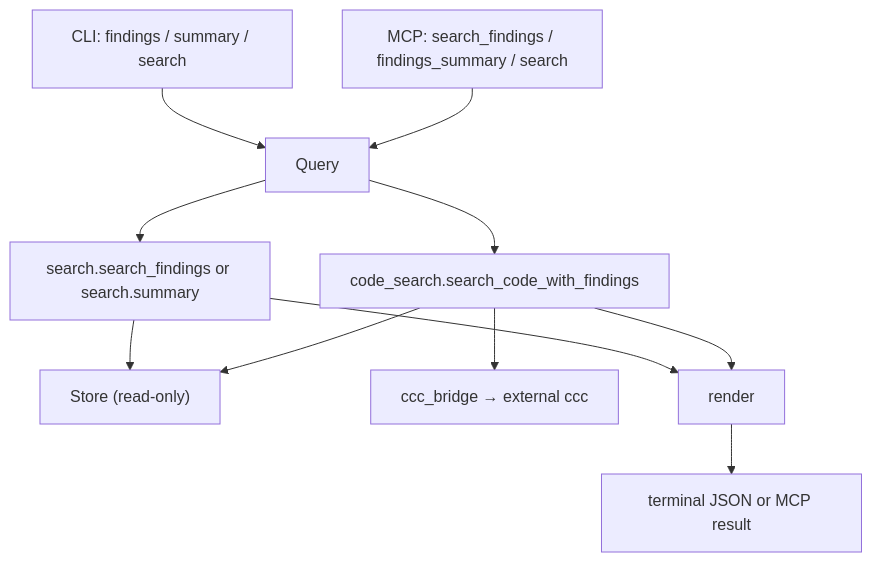
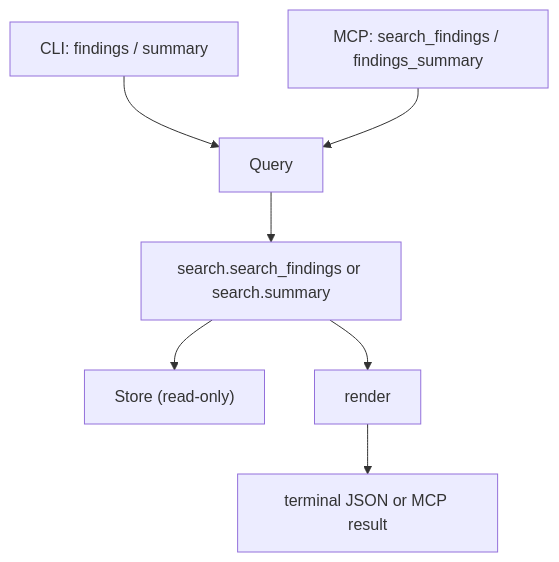
The second of 3 diagrams in docs/ARCHITECTURE.md (elkouhen/ccc-radar), drawn with Mermaid before and after one commit. The commit also changed other lines of this file and 25 other files, not shown here.

````diff
--- a/docs/ARCHITECTURE.md
+++ b/docs/ARCHITECTURE.md
@@ -58,13 +58,9 @@
 ```mermaid
 flowchart TD
-    CLI["CLI: findings / summary / search"] --> Query
-    MCP["MCP: search_findings / findings_summary / search"] --> Query
+    CLI["CLI: findings / summary"] --> Query
+    MCP["MCP: search_findings / findings_summary"] --> Query
     Query --> Findings["search.search_findings or search.summary"]
-    Query --> Code["code_search.search_code_with_findings"]
     Findings --> Store["Store (read-only)"]
-    Code --> CCC["ccc_bridge → external ccc"]
-    Code --> Store
     Findings --> Render["render"]
-    Code --> Render
     Render --> Output["terminal JSON or MCP result"]
 ```
````
